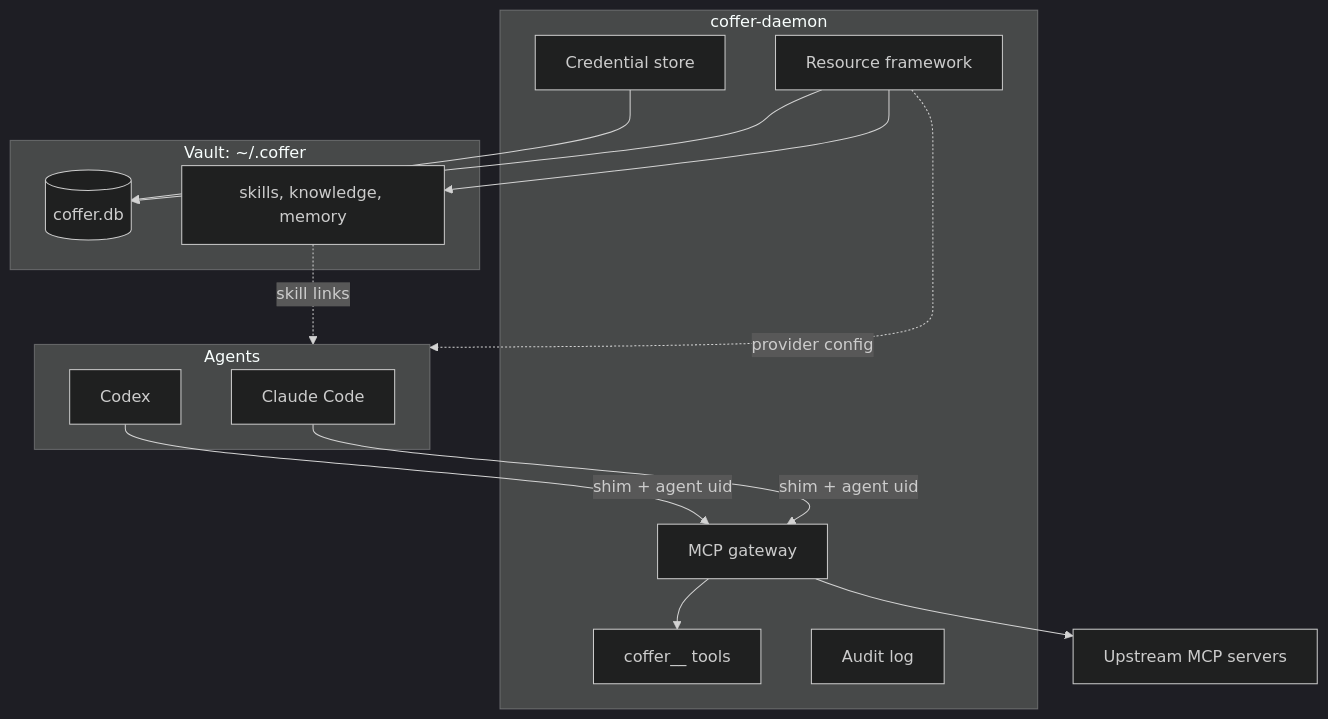
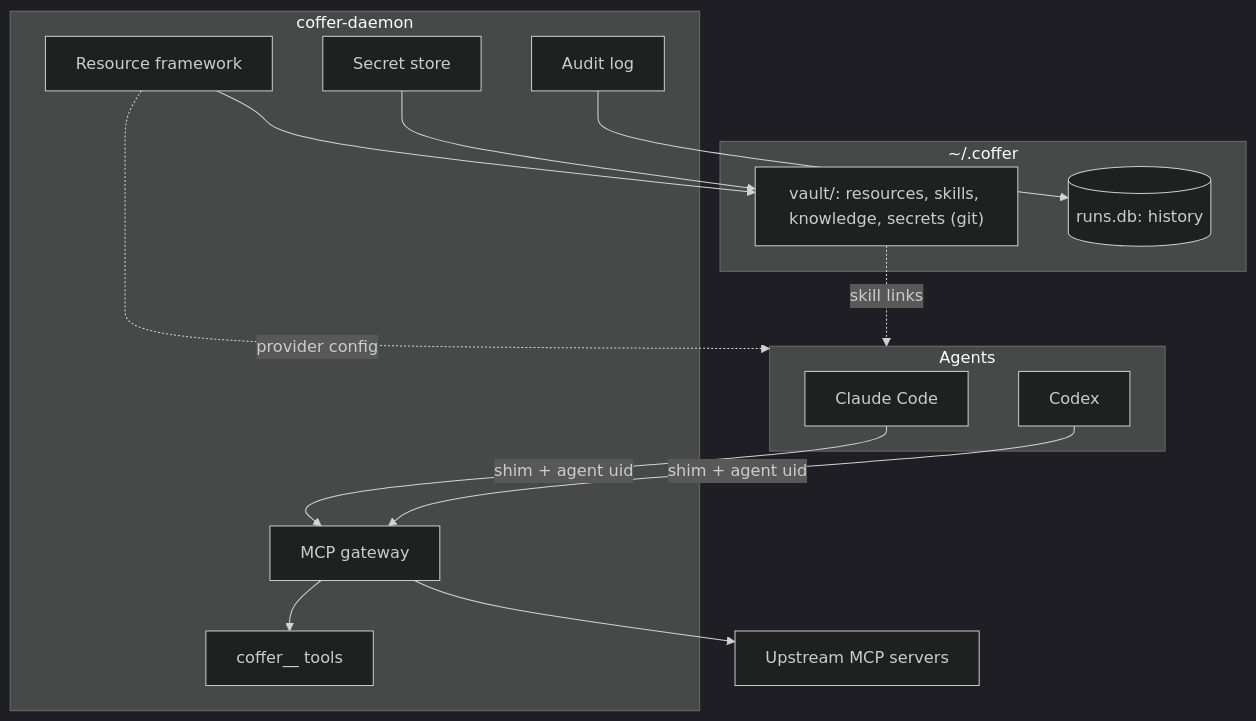
One commit to wyx-sg/Coffer changed the diagram in docs-site/start/concepts.md. Above: the diagram before and after it, drawn with Mermaid (dark theme). The commit also changed other lines of this file and 4384 other files, not shown here.

First line of the commit message:
feat: Coffer rework — vault files, secret boundary, rebuilt UI (0.2.0) (#471)

````diff
--- a/docs-site/start/concepts.md
+++ b/docs-site/start/concepts.md
@@ -12,27 +12,27 @@
 ```mermaid
 flowchart TB
   subgraph agents["Agents"]
     CC["Claude Code"]
     CX["Codex"]
   end
   subgraph daemon["coffer-daemon"]
     GW["MCP gateway"]
     BT["coffer__ tools"]
     RF["Resource framework"]
-    CR["Credential store"]
+    CR["Secret store"]
     AU["Audit log"]
   end
-  subgraph vault["Vault: ~/.coffer"]
-    DB[("coffer.db")]
-    FILES["skills, knowledge, memory"]
+  subgraph vault["~/.coffer"]
+    FILES["vault/: resources, skills, knowledge, secrets (git)"]
+    DB[("runs.db: history")]
   end
   CC -->|"shim + agent uid"| GW
   CX -->|"shim + agent uid"| GW
   GW --> BT
   GW --> UP["Upstream MCP servers"]
-  RF --> DB
   RF --> FILES
-  CR --> DB
+  AU --> DB
+  CR --> FILES
   FILES -.->|"skill links"| agents
   RF -.->|"provider config"| agents
 ```
````
